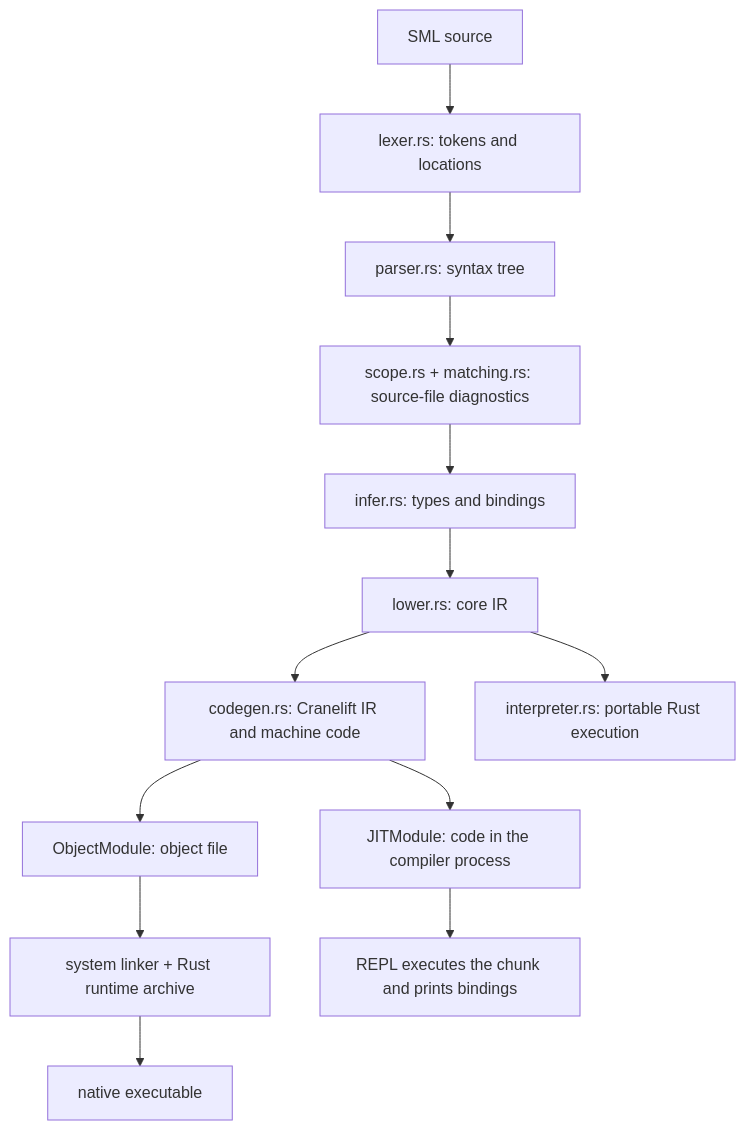
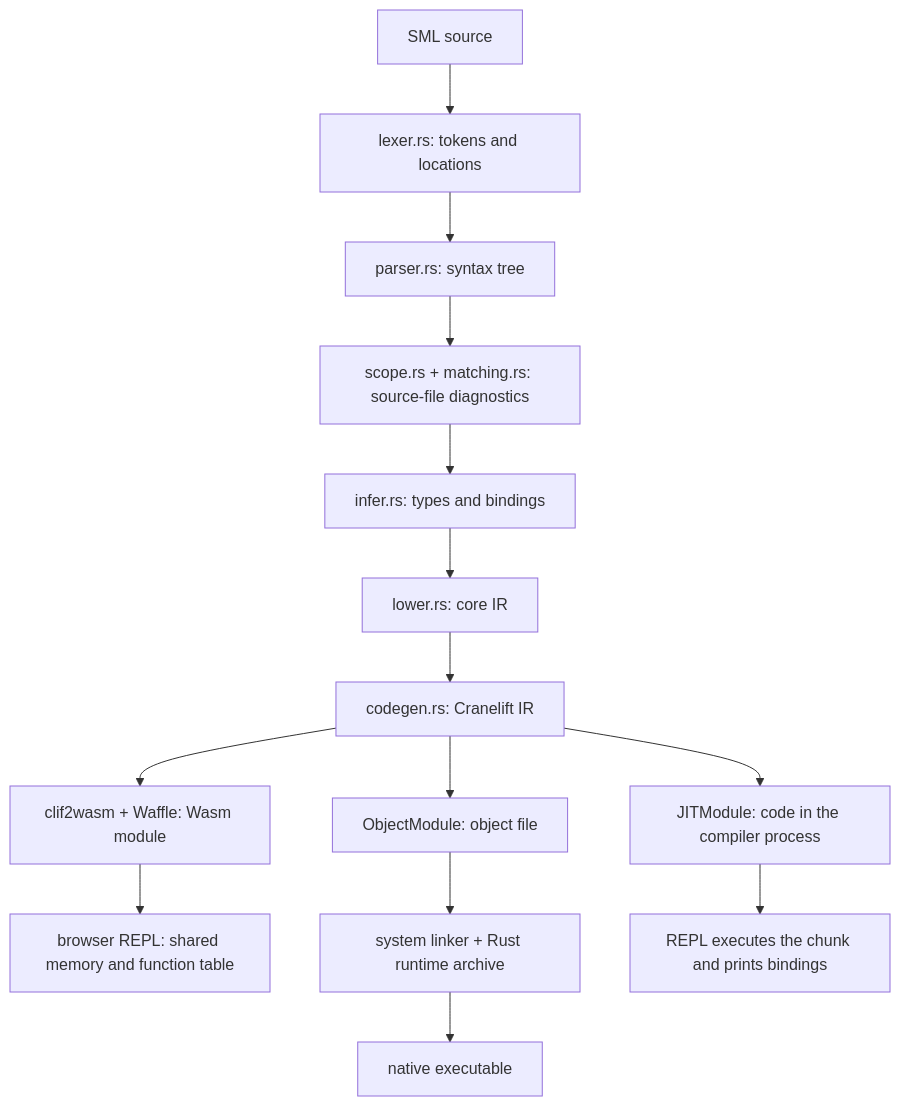
The diagram in docs/src/development/architecture.md (Takashiidobe/nassau), drawn with Mermaid before and after one commit. The commit also changed other lines of this file and 28 other files, not shown here.

Commit message:
migrate to using clif2wasm for the interpreter backend

````diff
--- a/docs/src/development/architecture.md
+++ b/docs/src/development/architecture.md
@@ -14,15 +15,16 @@
 ```mermaid
 flowchart TD
     source["SML source"] --> lexer["lexer.rs: tokens and locations"]
     lexer --> parser["parser.rs: syntax tree"]
     parser --> checks["scope.rs + matching.rs: source-file diagnostics"]
     checks --> infer["infer.rs: types and bindings"]
     infer --> lower["lower.rs: core IR"]
-    lower --> codegen["codegen.rs: Cranelift IR and machine code"]
-    lower --> interpreter["interpreter.rs: portable Rust execution"]
+    lower --> codegen["codegen.rs: Cranelift IR"]
+    codegen --> wasm["clif2wasm + Waffle: Wasm module"]
+    wasm --> browser["browser REPL: shared memory and function table"]
     codegen --> object["ObjectModule: object file"]
     object --> linker["system linker + Rust runtime archive"]
     linker --> executable["native executable"]
     codegen --> jit["JITModule: code in the compiler process"]
     jit --> repl["REPL executes the chunk and prints bindings"]
 ```
````
